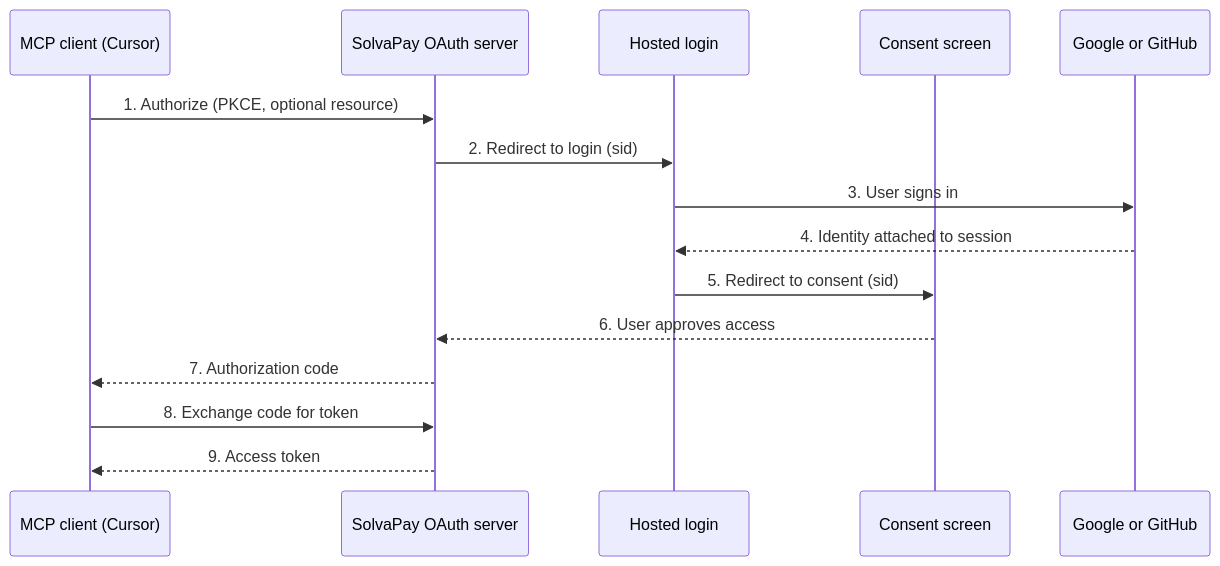
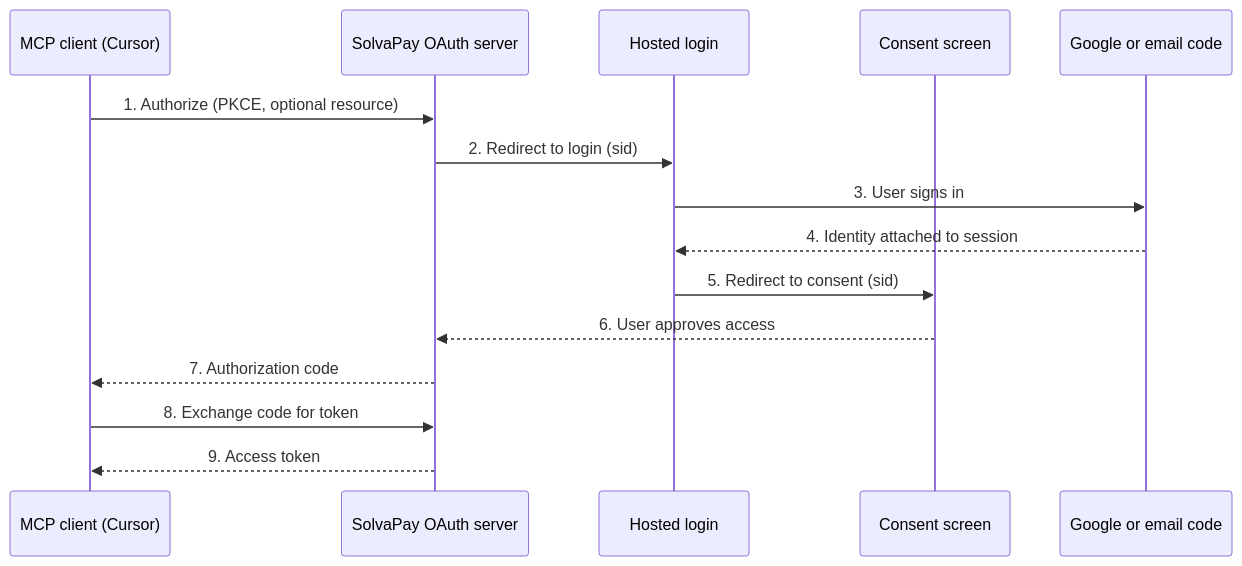
The diagram in no-code-mcp/authentication.mdx (solvapay/docs), drawn with Mermaid before and after one commit. The commit also changed other lines of this file and 8 other files, not shown here.

Commit message:
docs: drop GitHub sign-in; customers and merchants sign in with Google or an email code

````diff
--- a/no-code-mcp/authentication.mdx
+++ b/no-code-mcp/authentication.mdx
@@ -19,18 +19,18 @@
 ```mermaid
 sequenceDiagram
   participant M as MCP client (Cursor)
   participant O as SolvaPay OAuth server
   participant L as Hosted login
   participant C as Consent screen
-  participant I as Google or GitHub
+  participant I as Google or email code
 
   M->>O: 1. Authorize (PKCE, optional resource)
   O->>L: 2. Redirect to login (sid)
   L->>I: 3. User signs in
   I-->>L: 4. Identity attached to session
   L->>C: 5. Redirect to consent (sid)
   C-->>O: 6. User approves access
   O-->>M: 7. Authorization code
   M->>O: 8. Exchange code for token
   O-->>M: 9. Access token
 ```
````
